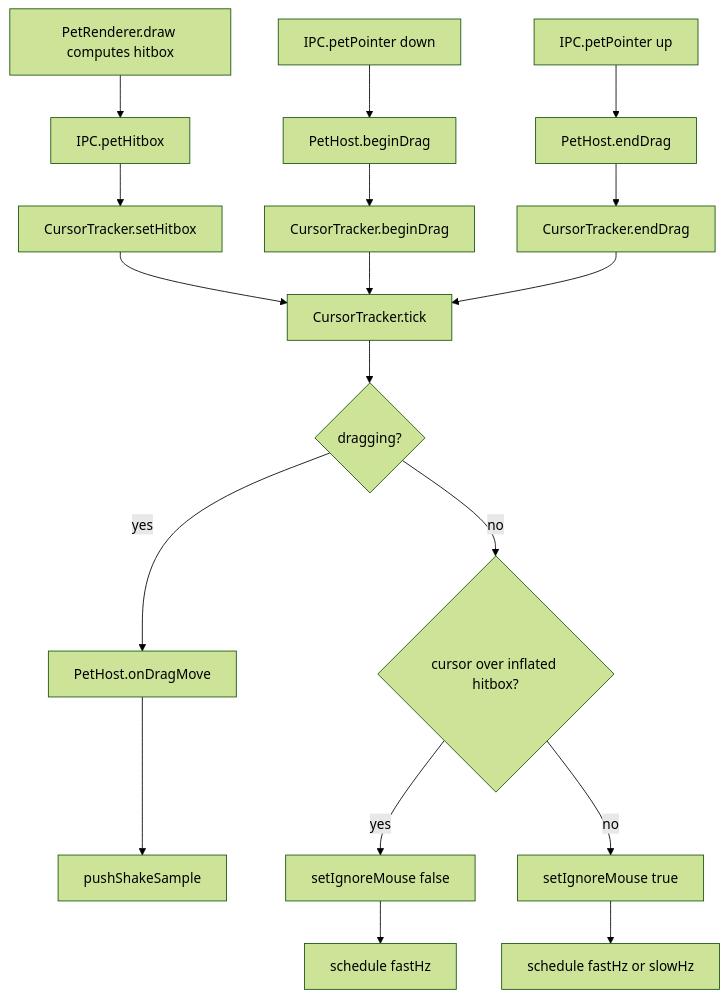
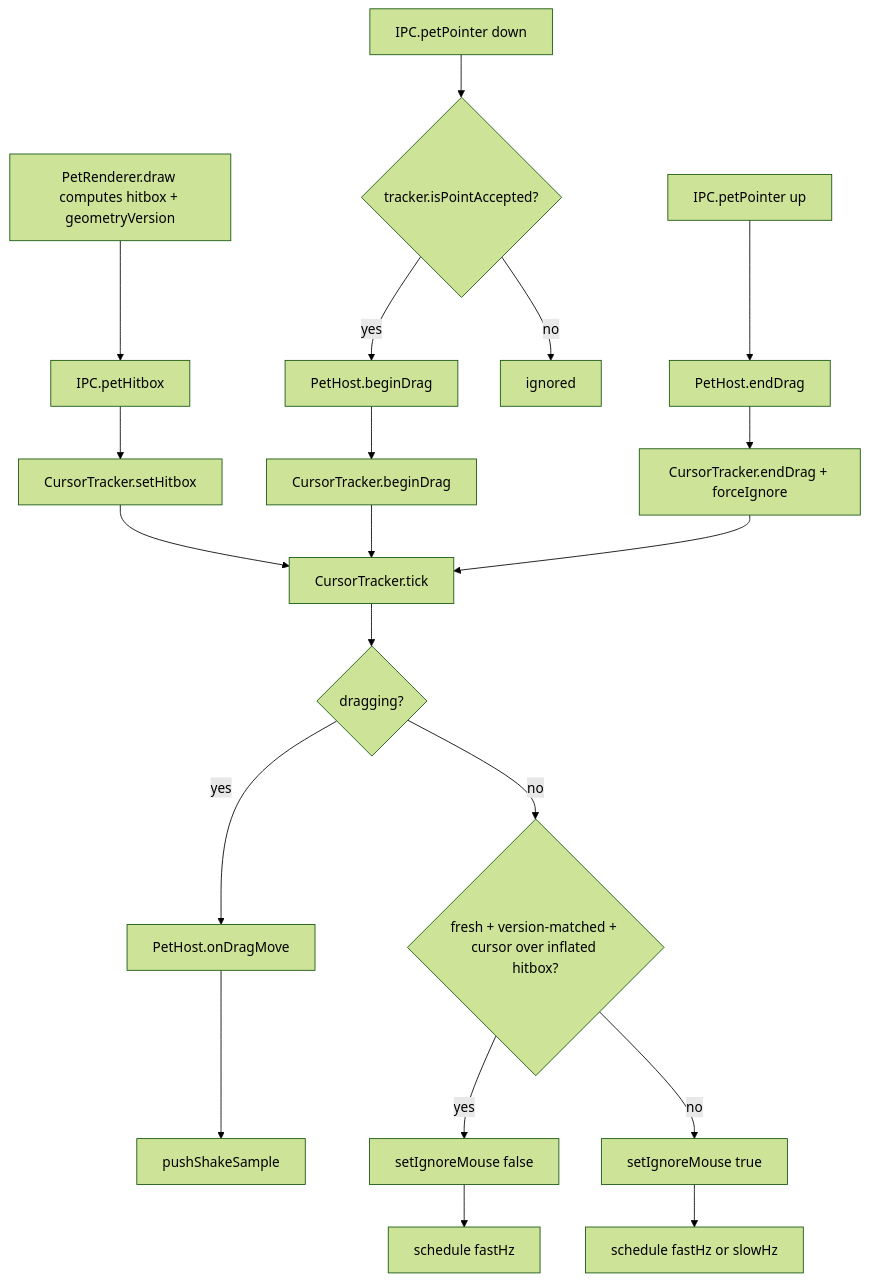
The diagram in docs/architecture/overlay-and-input.md (IcaruzSoftware/claude-mons), drawn with Mermaid (forest theme) before and after one commit. The commit also changed other lines of this file and 30 other files, not shown here.

````diff
--- a/docs/architecture/overlay-and-input.md
+++ b/docs/architecture/overlay-and-input.md
@@ -143,20 +171,22 @@
 ```mermaid
 flowchart TD
-    Draw[PetRenderer.draw computes hitbox] --> Hitbox[IPC.petHitbox]
+    Draw[PetRenderer.draw computes hitbox + geometryVersion] --> Hitbox[IPC.petHitbox]
     Hitbox --> SetHitbox[CursorTracker.setHitbox]
     SetHitbox --> Tick[CursorTracker.tick]
-    Down[IPC.petPointer down] --> BeginDrag[PetHost.beginDrag]
+    Down[IPC.petPointer down] --> Guard{tracker.isPointAccepted?}
+    Guard -- yes --> BeginDrag[PetHost.beginDrag]
+    Guard -- no --> Drop[ignored]
     BeginDrag --> TrackerBeginDrag[CursorTracker.beginDrag]
     TrackerBeginDrag --> Tick
     Tick --> Dragging{dragging?}
     Dragging -- yes --> OnDragMove[PetHost.onDragMove]
     OnDragMove --> Shake[pushShakeSample]
-    Dragging -- no --> Over{cursor over inflated hitbox?}
+    Dragging -- no --> Over{fresh + version-matched + cursor over inflated hitbox?}
     Over -- yes --> Enable[setIgnoreMouse false]
     Over -- no --> Disable[setIgnoreMouse true]
     Enable --> Schedule[schedule fastHz]
     Disable --> Schedule2[schedule fastHz or slowHz]
     Up[IPC.petPointer up] --> EndDrag[PetHost.endDrag]
-    EndDrag --> TrackerEndDrag[CursorTracker.endDrag]
+    EndDrag --> TrackerEndDrag[CursorTracker.endDrag + forceIgnore]
     TrackerEndDrag --> Tick
 ```
````
